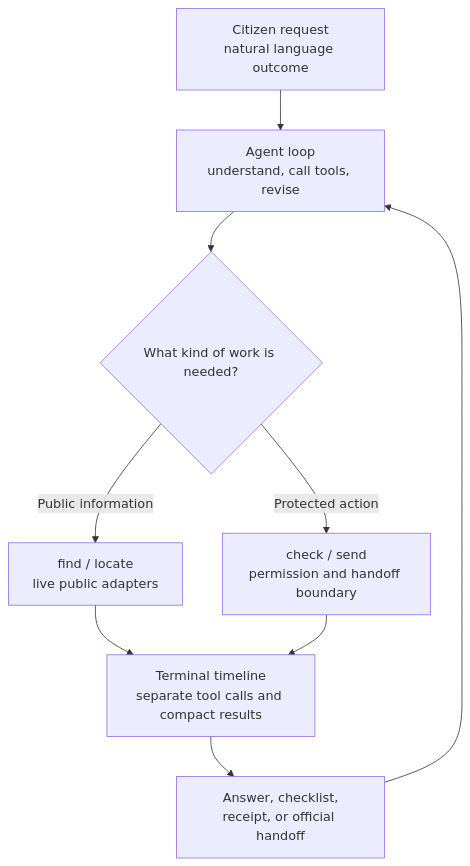
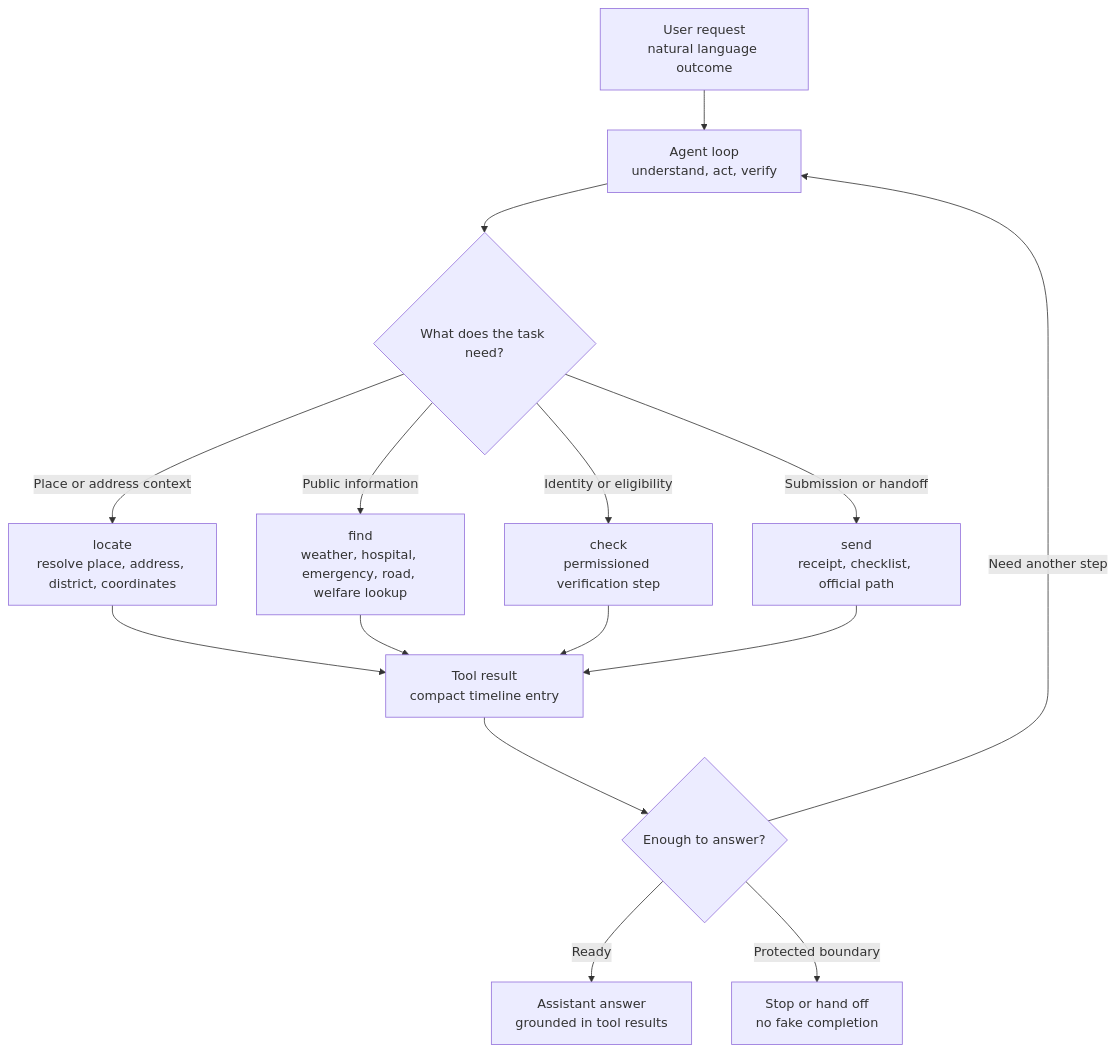
The first of 2 diagrams in README.md (umyunsang/UMMAYA), drawn with Mermaid before and after one commit. The commit also changed other lines of this file, not shown here.

Commit message:
Revise README structure

````diff
--- a/README.md
+++ b/README.md
@@ -147,11 +142,20 @@
 ```mermaid
 flowchart TD
-  ASK["Citizen request<br/>natural language outcome"] --> LOOP["Agent loop<br/>understand, call tools, revise"]
-  LOOP --> DECIDE{"What kind of work is needed?"}
-  DECIDE -->|Public information| LIVE["find / locate<br/>live public adapters"]
-  DECIDE -->|Protected action| GATE["check / send<br/>permission and handoff boundary"]
-  LIVE --> TIMELINE["Terminal timeline<br/>separate tool calls and compact results"]
-  GATE --> TIMELINE
-  TIMELINE --> ANSWER["Answer, checklist,<br/>receipt, or official handoff"]
-  ANSWER --> LOOP
+  USER["User request<br/>natural language outcome"] --> LOOP["Agent loop<br/>understand, act, verify"]
+  LOOP --> NEED{"What does the task need?"}
+
+  NEED -->|Place or address context| LOCATE["locate<br/>resolve place, address, district, coordinates"]
+  NEED -->|Public information| FIND["find<br/>weather, hospital, emergency, road, welfare lookup"]
+  NEED -->|Identity or eligibility| CHECK["check<br/>permissioned verification step"]
+  NEED -->|Submission or handoff| SEND["send<br/>receipt, checklist, official path"]
+
+  LOCATE --> RESULT["Tool result<br/>compact timeline entry"]
+  FIND --> RESULT
+  CHECK --> RESULT
+  SEND --> RESULT
+
+  RESULT --> REVIEW{"Enough to answer?"}
+  REVIEW -->|Need another step| LOOP
+  REVIEW -->|Ready| ANSWER["Assistant answer<br/>grounded in tool results"]
+  REVIEW -->|Protected boundary| HANDOFF["Stop or hand off<br/>no fake completion"]
 ```
````
